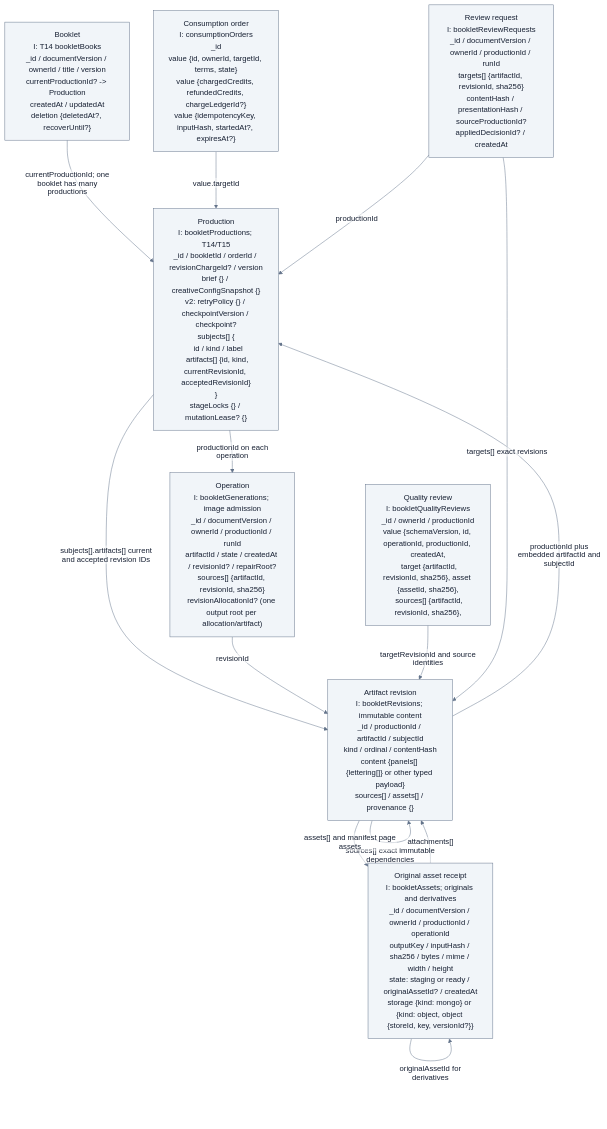
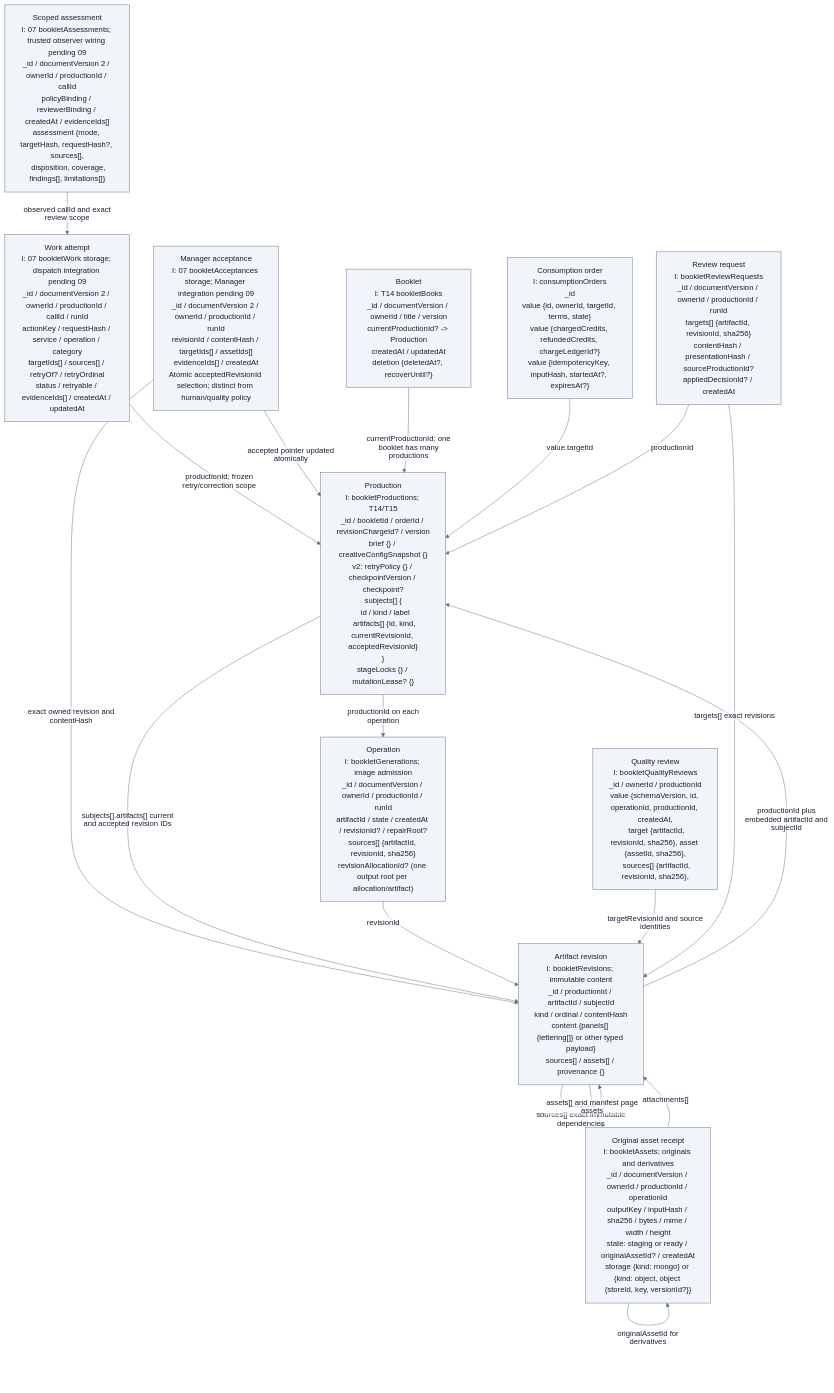
One commit to Uniwares-LTD/unitale changed the diagram in docs/features/booklet-generation/model-core-mermaid.md. Above: the diagram before and after it, drawn with Mermaid. The commit also changed 19 other files, not shown here.

Commit message:
feat(booklet): persist Manager work and review state

````diff
--- a/docs/features/booklet-generation/model-core-mermaid.md
+++ b/docs/features/booklet-generation/model-core-mermaid.md
@@ -11,25 +11,32 @@
 ```mermaid
 %%{init: {"theme":"base","themeVariables":{"primaryColor":"#f1f5f9","primaryTextColor":"#172033","primaryBorderColor":"#64748b","lineColor":"#64748b","edgeLabelBackground":"#ffffff"},"flowchart":{"htmlLabels":false,"useMaxWidth":false}}}%%
 flowchart TB
   Booklet["Booklet<br/>I: T14 bookletBooks<br/>_id / documentVersion / ownerId / title / version<br/>currentProductionId? -&gt; Production<br/>createdAt / updatedAt<br/>deletion {deletedAt?, recoverUntil?}"]
   Production["Production<br/>I: bookletProductions; T14/T15<br/>_id / bookletId / orderId / revisionChargeId? / version<br/>brief {} / creativeConfigSnapshot {}<br/>v2: retryPolicy {} / checkpointVersion / checkpoint?<br/>subjects[] {<br/>  id / kind / label<br/>  artifacts[] {id, kind, currentRevisionId, acceptedRevisionId}<br/>}<br/>stageLocks {} / mutationLease? {}"]
   Artifact_revision["Artifact revision<br/>I: bookletRevisions; immutable content<br/>_id / productionId / artifactId / subjectId<br/>kind / ordinal / contentHash<br/>content {panels[] {lettering[]} or other typed payload}<br/>sources[] / assets[] / provenance {}"]
+  Work_attempt["Work attempt<br/>I: 07 bookletWork storage; dispatch integration pending 09<br/>_id / documentVersion 2 / ownerId / productionId / callId / runId<br/>actionKey / requestHash / service / operation / category<br/>targetIds[] / sources[] / retryOf? / retryOrdinal<br/>status / retryable / evidenceIds[] / createdAt / updatedAt"]
+  Scoped_assessment["Scoped assessment<br/>I: 07 bookletAssessments; trusted observer wiring pending 09<br/>_id / documentVersion 2 / ownerId / productionId / callId<br/>policyBinding / reviewerBinding / createdAt / evidenceIds[]<br/>assessment {mode, targetHash, requestHash?, sources[],<br/>  disposition, coverage, findings[], limitations[]}"]
+  Manager_acceptance["Manager acceptance<br/>I: 07 bookletAcceptances storage; Manager integration pending 09<br/>_id / documentVersion 2 / ownerId / productionId / runId<br/>revisionId / contentHash / targetIds[] / assetIds[]<br/>evidenceIds[] / createdAt<br/>Atomic acceptedRevisionId selection; distinct from human/quality policy"]
   Operation["Operation<br/>I: bookletGenerations; image admission<br/>_id / documentVersion / ownerId / productionId / runId<br/>artifactId / state / createdAt / revisionId? / repairRoot?<br/>sources[] {artifactId, revisionId, sha256}<br/>revisionAllocationId? (one output root per allocation/artifact)"]
   Quality_review["Quality review<br/>I: bookletQualityReviews<br/>_id / ownerId / productionId<br/>value {schemaVersion, id, operationId, productionId, createdAt,<br/>  target {artifactId, revisionId, sha256}, asset {assetId, sha256},<br/>  sources[] {artifactId, revisionId, sha256},"]
   Original_asset_receipt["Original asset receipt<br/>I: bookletAssets; originals and derivatives<br/>_id / documentVersion / ownerId / productionId / operationId<br/>outputKey / inputHash / sha256 / bytes / mime / width / height<br/>state: staging or ready / originalAssetId? / createdAt<br/>storage {kind: mongo} or {kind: object, object {storeId, key, versionId?}}"]
   Consumption_order["Consumption order<br/>I: consumptionOrders<br/>_id<br/>value {id, ownerId, targetId, terms, state}<br/>value {chargedCredits, refundedCredits, chargeLedgerId?}<br/>value {idempotencyKey, inputHash, startedAt?, expiresAt?}"]
   Review_request["Review request<br/>I: bookletReviewRequests<br/>_id / documentVersion / ownerId / productionId / runId<br/>targets[] {artifactId, revisionId, sha256}<br/>contentHash / presentationHash / sourceProductionId?<br/>appliedDecisionId? / createdAt"]
+  Work_attempt -->|"productionId; frozen retry/correction scope"| Production
+  Scoped_assessment -->|"observed callId and exact review scope"| Work_attempt
+  Manager_acceptance -->|"exact owned revision and contentHash"| Artifact_revision
+  Manager_acceptance -->|"accepted pointer updated atomically"| Production
   Booklet -->|"currentProductionId; one booklet has many productions"| Production
   Production -->|"subjects[].artifacts[] current and accepted revision IDs"| Artifact_revision
   Artifact_revision -->|"productionId plus embedded artifactId and subjectId"| Production
   Artifact_revision -->|"sources[] exact immutable dependencies"| Artifact_revision
   Production -->|"productionId on each operation"| Operation
   Operation -->|"revisionId"| Artifact_revision
   Quality_review -->|"targetRevisionId and source identities"| Artifact_revision
   Artifact_revision -->|"assets[] and manifest page assets"| Original_asset_receipt
   Consumption_order -->|"value.targetId"| Production
   Review_request -->|"productionId"| Production
   Review_request -->|"targets[] exact revisions"| Artifact_revision
   Original_asset_receipt -->|"attachments[]"| Artifact_revision
   Original_asset_receipt -->|"originalAssetId for derivatives"| Original_asset_receipt
 ```
````
